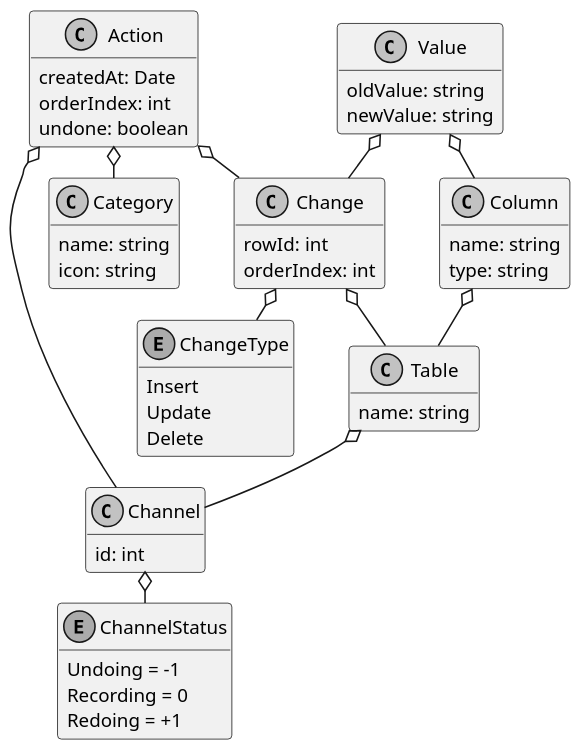
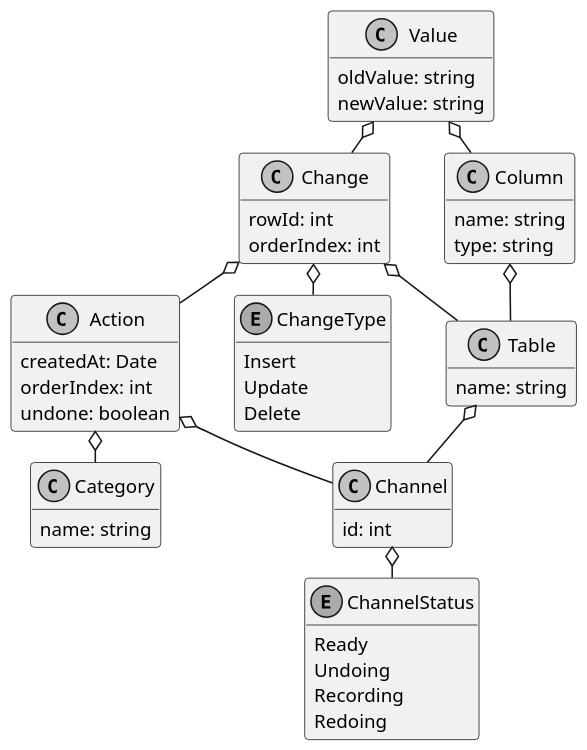
One commit to Lotes/sqlite-undo-log changed the diagram in docs/tables.puml. Above: the diagram before and after it, drawn with PlantUML. The commit also changed 9 other files, not shown here.

```diff
--- a/docs/tables.puml
+++ b/docs/tables.puml
@@ -1,65 +1,67 @@
+@startuml Tables
 skinparam monochrome true
 skinparam ranksep 20
 skinparam dpi 150
 skinparam packageTitleAlignment left
 skinparam usecaseBorderThickness 0.4
 skinparam defaultFontSize 12
 skinparam rectangleBorderThickness 1
 hide methods
 
 class Category {
   name: string
-  icon: string
 }
 
 class Action {
   createdAt: Date
   orderIndex: int
   undone: boolean
 }
 
 class Change {
   rowId: int
   orderIndex: int
 }
 
 enum ChangeType {
   Insert
   Update
   Delete
 }
 
 class Table {
   name: string
 }
 
 class Column {
   name: string
   type: string
 }
 
 class Value {
   oldValue: string
   newValue: string
 }
 
 class Channel {
   id: int
 }
 
 enum ChannelStatus {
-  Undoing = -1
-  Recording = 0
-  Redoing = +1
+  Ready
+  Undoing
+  Recording
+  Redoing
 }
 
 Channel o-- ChannelStatus
 Action o-- Channel
 Action o-- Category
-Action o-- Change
 Change o-- Table
+Change o-- Action
 Change o-- ChangeType
 Table o-- Channel
 Column o-- Table 
 Value o-- Column
 Value o-- Change
+@enduml
```
